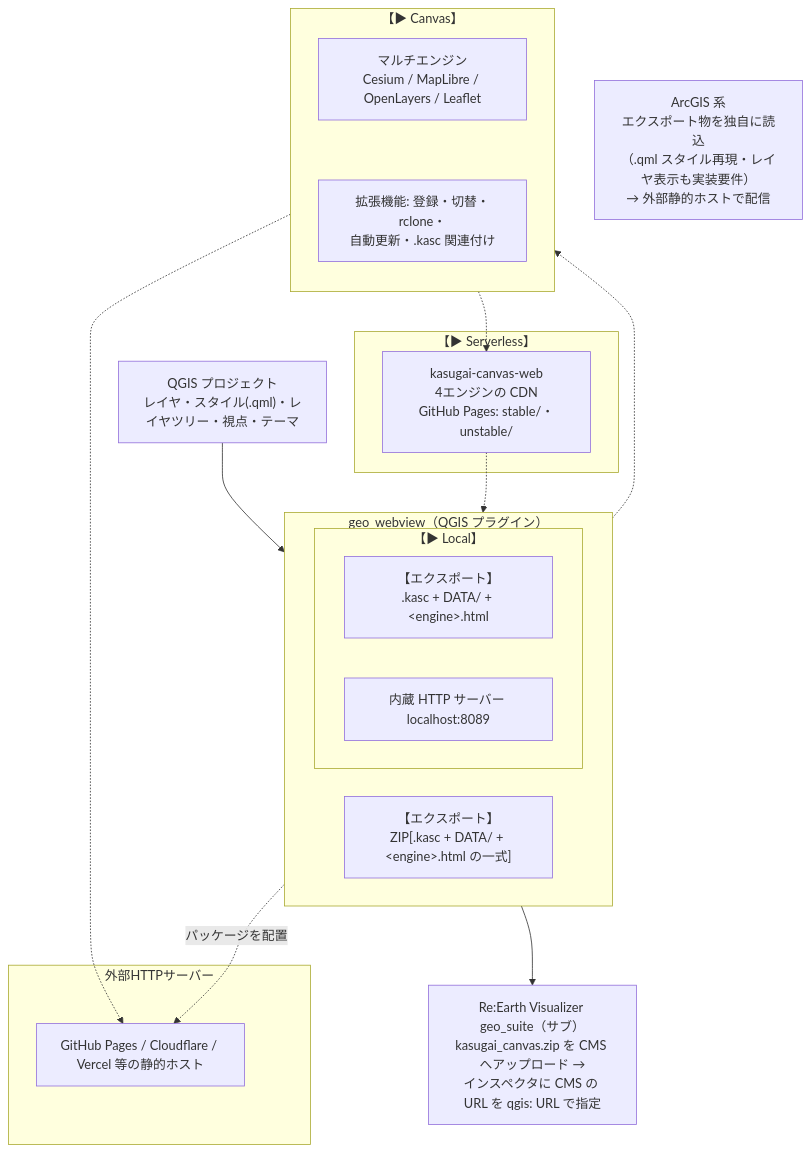
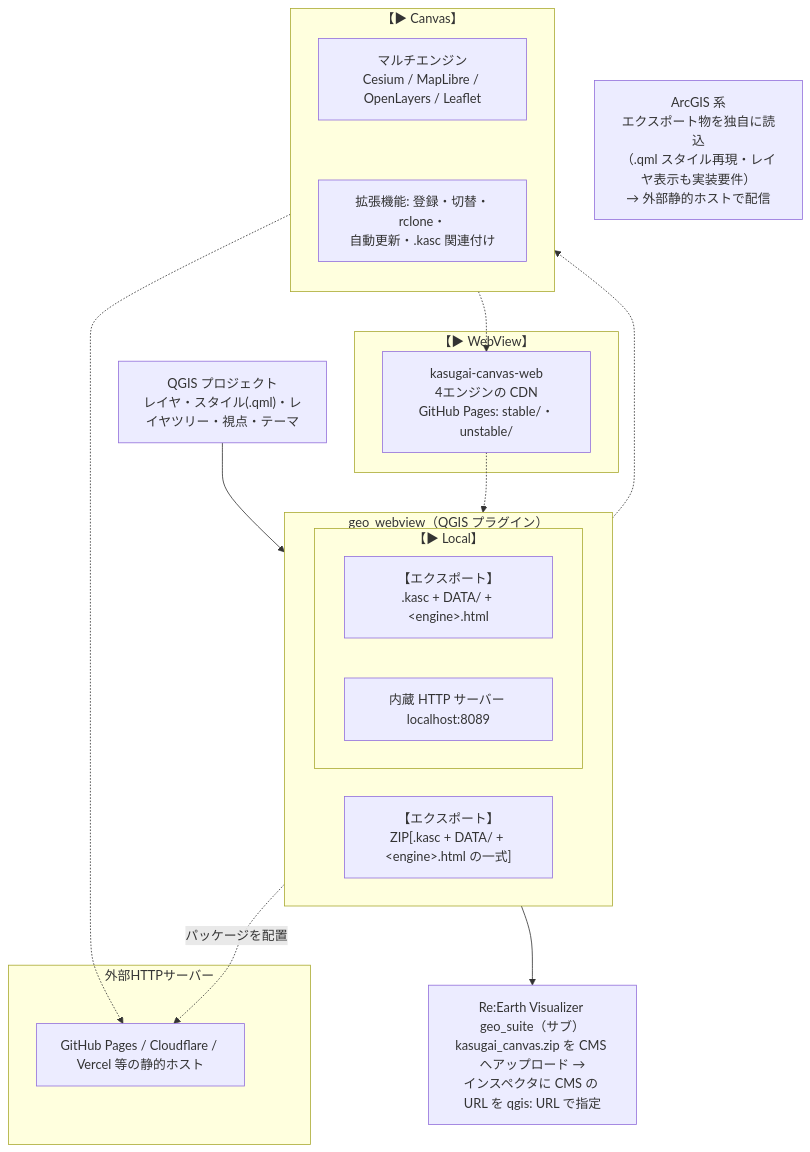
Before and after one commit to yamamoto-ryuzo/qgis_live_harness: the diagram in qgis-plugin/geo_webview/README_JP.md, drawn with Mermaid. The commit also changed other lines of this file and 5 other files, not shown here.

First line of the commit message:
geo_webview: ▶ Serverless ボタンを ▶ WebView へ改名(3.32.1)

````diff
--- a/qgis-plugin/geo_webview/README_JP.md
+++ b/qgis-plugin/geo_webview/README_JP.md
@@ -39,37 +39,37 @@
 ```mermaid
 flowchart TB
     QGIS["QGIS プロジェクト<br>レイヤ・スタイル(.qml)・レイヤツリー・視点・テーマ"]
 
     subgraph GWBOX["geo_webview（QGIS プラグイン）"]
         direction LR
         subgraph FNC["【▶ Local】"]
             GW["【エクスポート】<br>.kasc + DATA/ + &lt;engine&gt;.html"]
             SRV["内蔵 HTTP サーバー localhost:8089"]
         end
         ZIP["【エクスポート】<br>ZIP[.kasc + DATA/ + &lt;engine&gt;.html の一式]"]
     end
 
     subgraph KCBOX["【▶ Canvas】"]
         direction TB
         ENG["マルチエンジン<br>Cesium / MapLibre / OpenLayers / Leaflet"]
         KCF["拡張機能: 登録・切替・rclone・<br>自動更新・.kasc 関連付け"]
         ENG ~~~ KCF
     end
     subgraph WEBBOX["外部HTTPサーバー"]
         WEB["GitHub Pages / Cloudflare / Vercel 等の静的ホスト"]
     end
-    subgraph GHBOX["【▶ Serverless】"]
+    subgraph GHBOX["【▶ WebView】"]
         CDN["kasugai-canvas-web<br>4エンジンの CDN<br>GitHub Pages: stable/・unstable/"]
     end
     RE["Re:Earth Visualizer geo_suite（サブ）<br>kasugai_canvas.zip を CMS へアップロード →<br>インスペクタに CMS の URL を qgis: URL で指定"]
 
     AG["ArcGIS 系<br>エクスポート物を独自に読込<br>（.qml スタイル再現・レイヤ表示も実装要件）<br>→ 外部静的ホストで配信"]
 
     QGIS --> GWBOX
     GW -.-> KCBOX
     GW -.->|"パッケージを配置"| WEB
     ENG -.-> WEB
     ENG -.-> CDN
     CDN -.-> FNC
     ZIP --> RE
 ```
````
